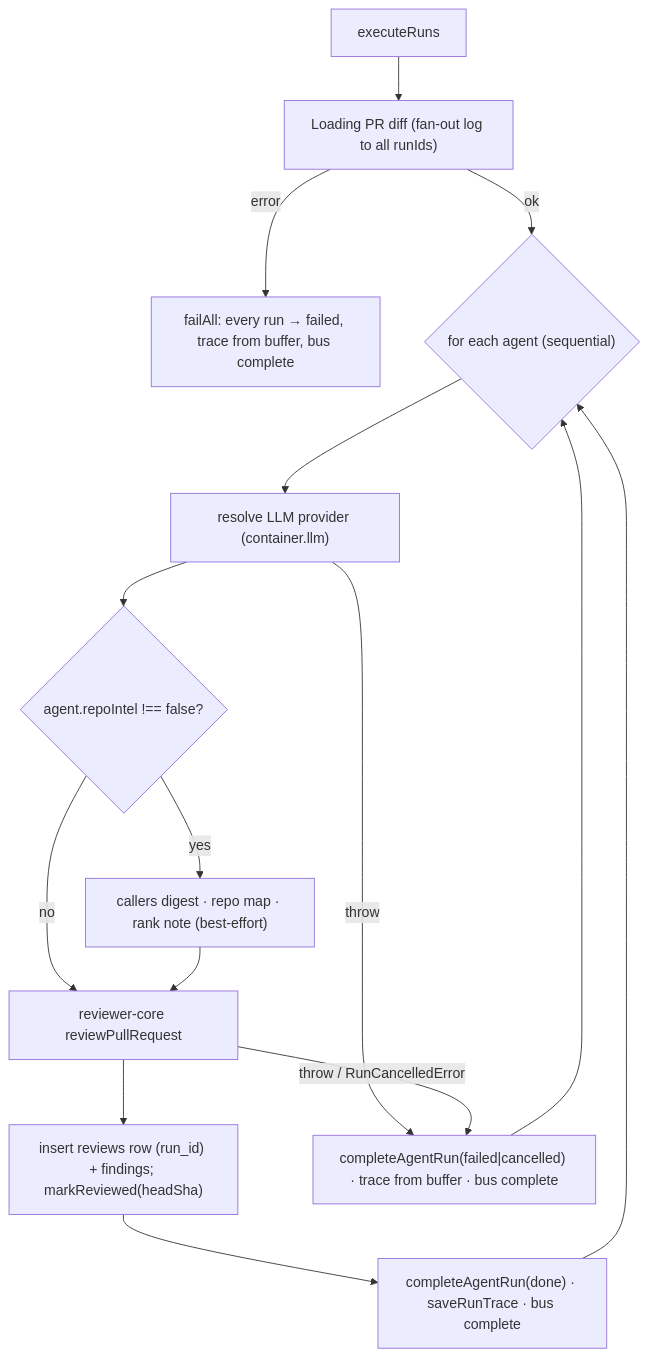
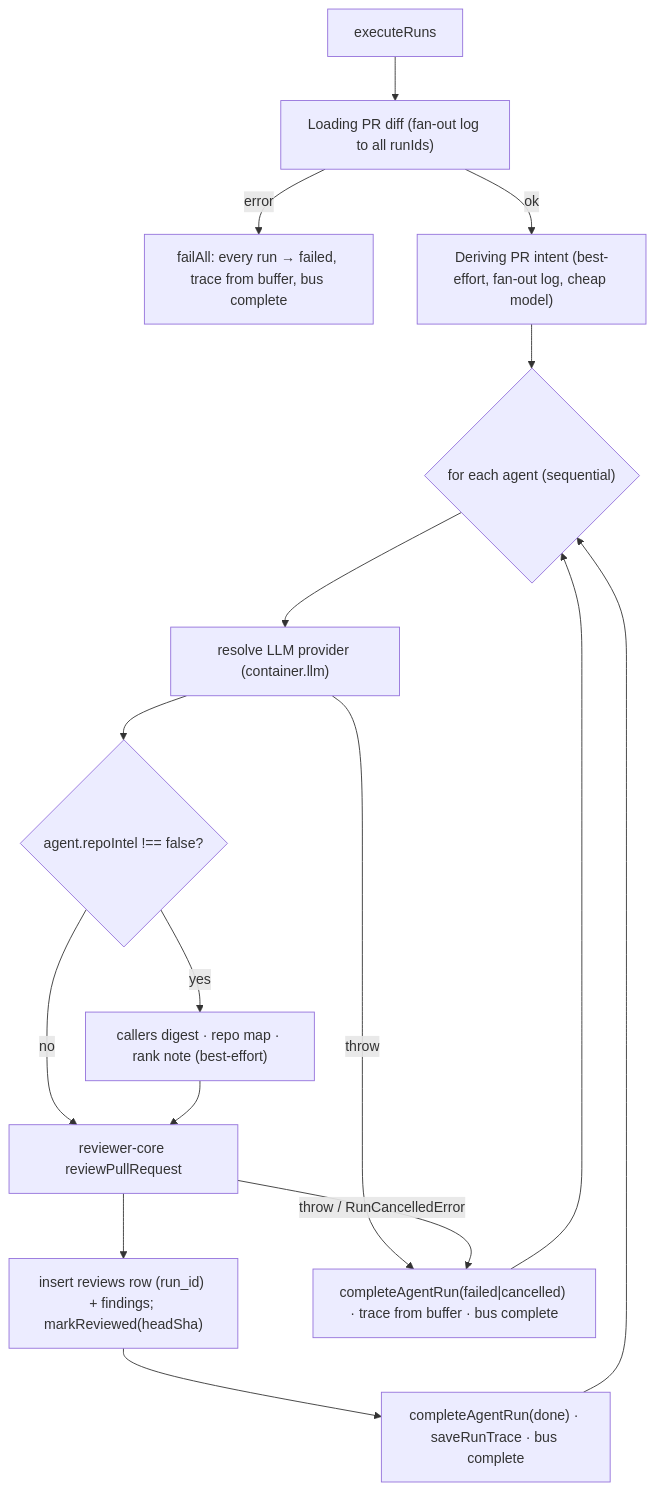
One commit to natalia-zakalyk/dev-digest changed the first of 2 diagrams in server/specs/review-flow.md. Above: the diagram before and after it, drawn with Mermaid. The commit also changed other lines of this file and 96 other files, not shown here.

````diff
--- a/server/specs/review-flow.md
+++ b/server/specs/review-flow.md
@@ -34,17 +34,18 @@
 ```mermaid
 flowchart TD
   A[executeRuns] --> B["Loading PR diff (fan-out log to all runIds)"]
   B -- error --> F["failAll: every run → failed, trace from buffer, bus complete"]
-  B -- ok --> L{"for each agent (sequential)"}
+  B -- ok --> IN["Deriving PR intent (best-effort, fan-out log, cheap model)"]
+  IN --> L{"for each agent (sequential)"}
   L --> P["resolve LLM provider (container.llm)"]
   P --> RI{"agent.repoIntel !== false?"}
   RI -- yes --> CTX["callers digest · repo map · rank note (best-effort)"]
   RI -- no --> ENG
   CTX --> ENG["reviewer-core reviewPullRequest"]
   ENG --> PER["insert reviews row (run_id) + findings; markReviewed(headSha)"]
   PER --> DONE["completeAgentRun(done) · saveRunTrace · bus complete"]
   P -- throw --> ERR
   ENG -- throw / RunCancelledError --> ERR["completeAgentRun(failed|cancelled) · trace from buffer · bus complete"]
   DONE --> L
   ERR --> L
 ```
````
